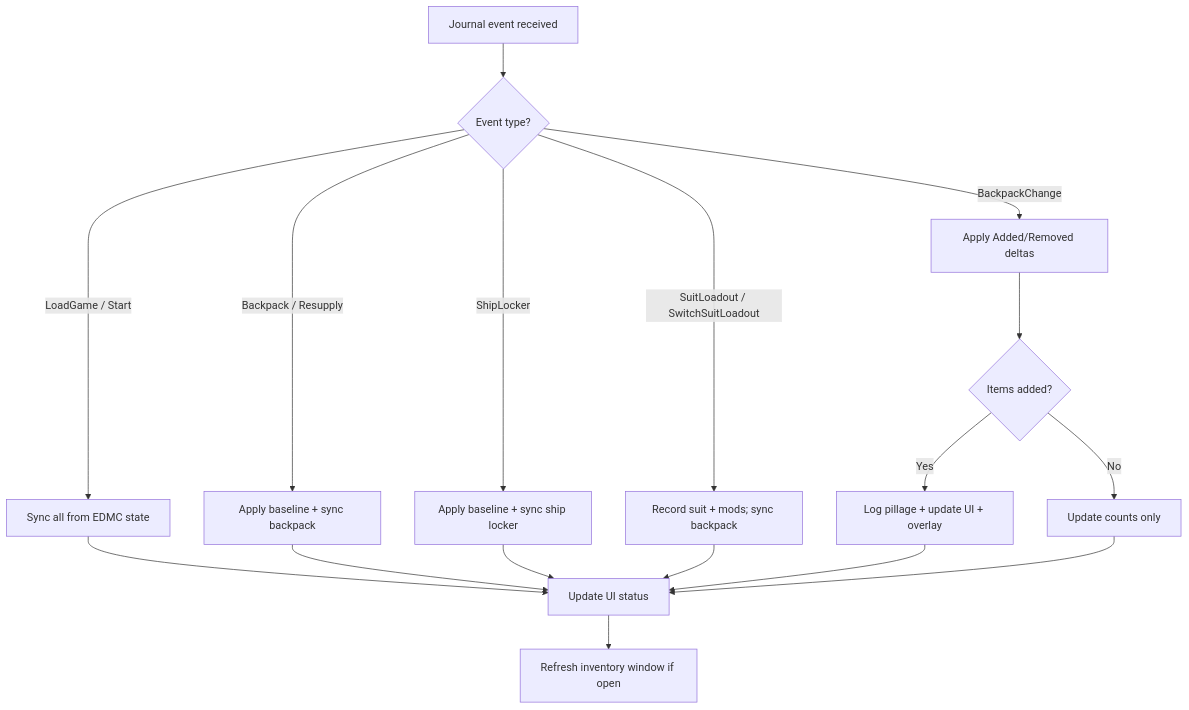
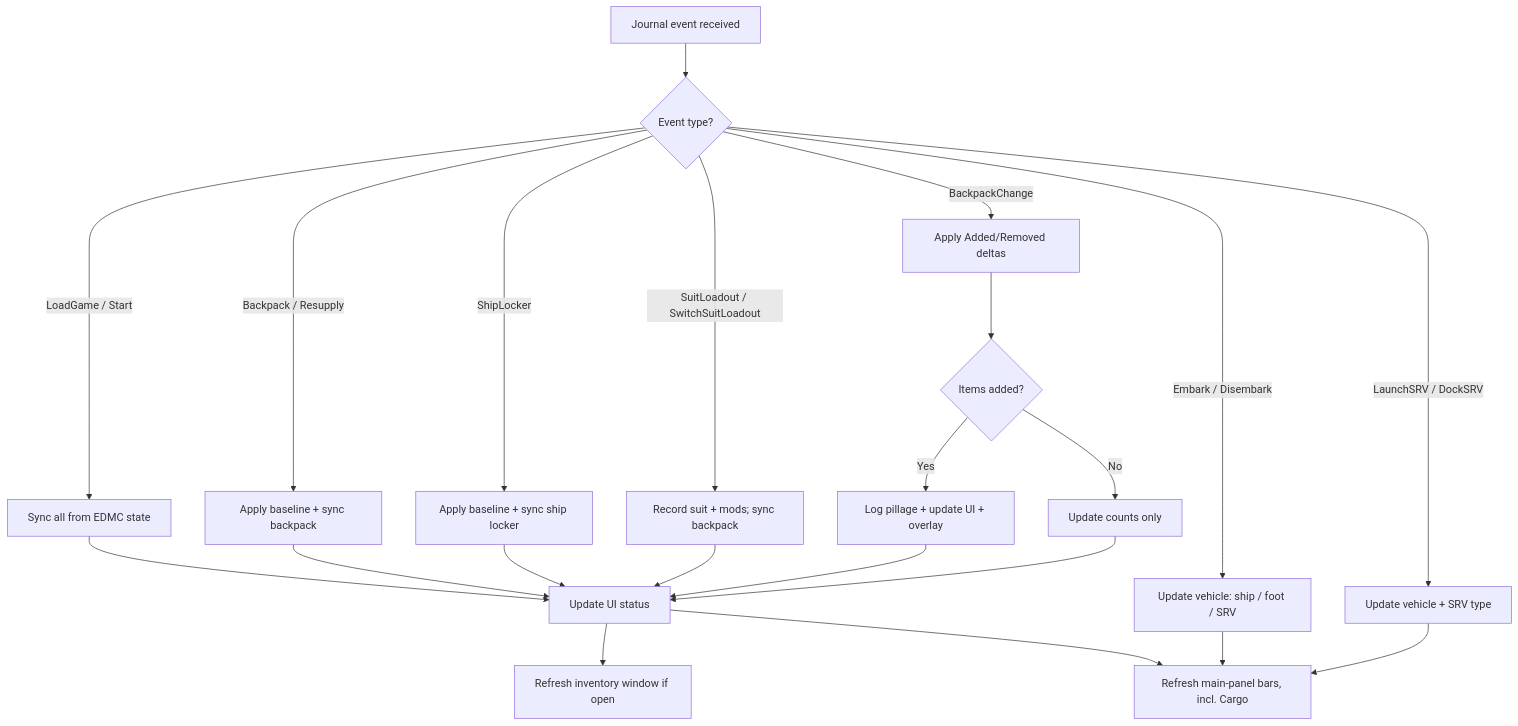
The diagram in docs/design-spec.md (rwharpernc/ED-PLG), drawn with Mermaid before and after one commit. The commit also changed other lines of this file and 6 other files, not shown here.

First line of the commit message:
Add collapsible main panel with inventory bars and ship/SRV cargo tracking

````diff
--- a/docs/design-spec.md
+++ b/docs/design-spec.md
@@ -260,19 +277,24 @@
 ```mermaid
 flowchart TD
     A[Journal event received] --> B{Event type?}
     B -->|LoadGame / Start| C[Sync all from EDMC state]
     B -->|Backpack / Resupply| D[Apply baseline + sync backpack]
     B -->|ShipLocker| E[Apply baseline + sync ship locker]
     B -->|SuitLoadout / SwitchSuitLoadout| F[Record suit + mods; sync backpack]
     B -->|BackpackChange| G[Apply Added/Removed deltas]
     G --> H{Items added?}
     H -->|Yes| I[Log pillage + update UI + overlay]
     H -->|No| J[Update counts only]
     C --> K[Update UI status]
     D --> K
     E --> K
     F --> K
     I --> K
     J --> K
     K --> L[Refresh inventory window if open]
+    B -->|Embark / Disembark| M[Update vehicle: ship / foot / SRV]
+    B -->|LaunchSRV / DockSRV| N[Update vehicle + SRV type]
+    M --> O[Refresh main-panel bars, incl. Cargo]
+    N --> O
+    K --> O
 ```
````
